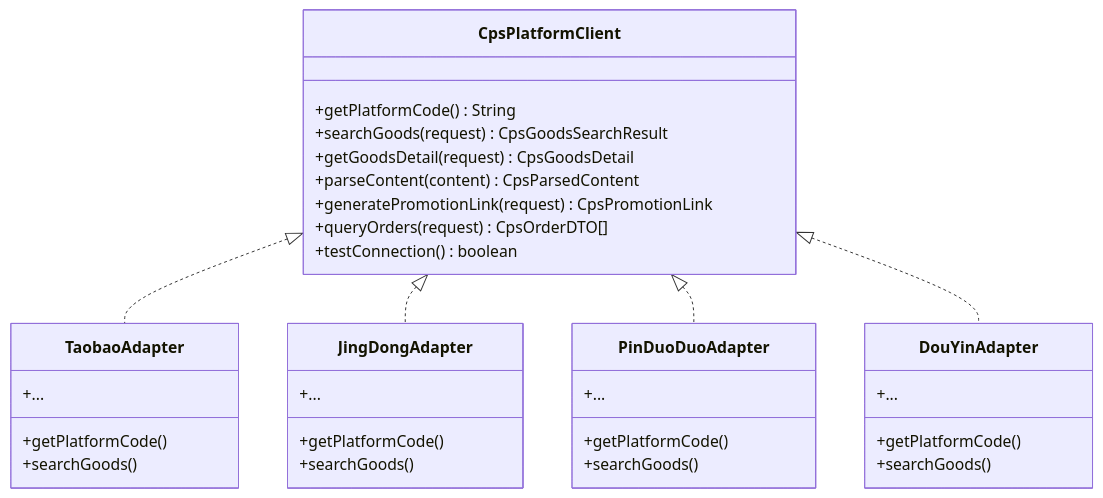
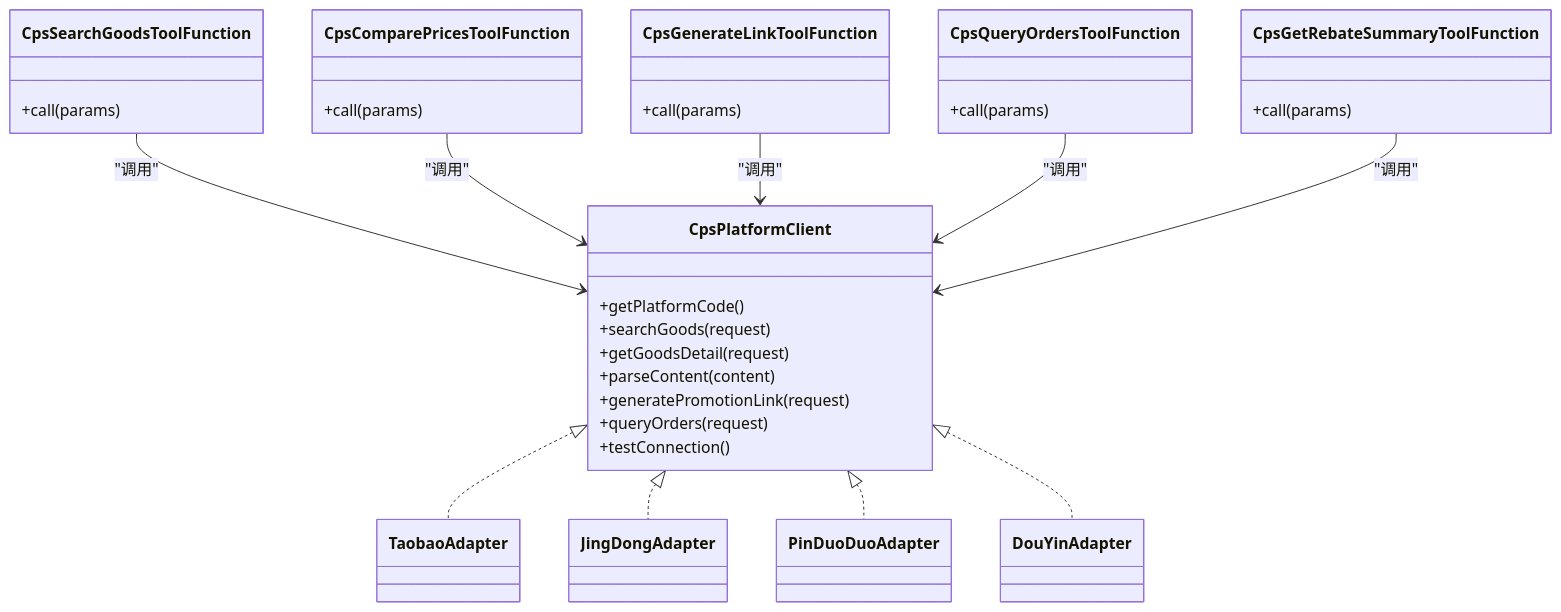
The fifth of 6 diagrams in .qoder/repowiki/zh/content/开发指南/开发指南.md (zhuangpengLI/AgenticCPS), drawn with Mermaid before and after one commit. The commit also changed other lines of this file and 355 other files, not shown here.

````diff
--- a/.qoder/repowiki/zh/content/开发指南/开发指南.md
+++ b/.qoder/repowiki/zh/content/开发指南/开发指南.md
@@ -118,36 +292,36 @@
 ```mermaid
 classDiagram
 class CpsPlatformClient {
-+getPlatformCode() String
-+searchGoods(request) CpsGoodsSearchResult
-+getGoodsDetail(request) CpsGoodsDetail
-+parseContent(content) CpsParsedContent
-+generatePromotionLink(request) CpsPromotionLink
-+queryOrders(request) CpsOrderDTO[]
-+testConnection() boolean
++getPlatformCode()
++searchGoods(request)
++getGoodsDetail(request)
++parseContent(content)
++generatePromotionLink(request)
++queryOrders(request)
++testConnection()
 }
-class TaobaoAdapter {
-+getPlatformCode()
-+searchGoods()
-+...
+class CpsSearchGoodsToolFunction {
++call(params)
 }
-class JingDongAdapter {
-+getPlatformCode()
-+searchGoods()
-+...
+class CpsComparePricesToolFunction {
++call(params)
 }
-class PinDuoDuoAdapter {
-+getPlatformCode()
-+searchGoods()
-+...
+class CpsGenerateLinkToolFunction {
++call(params)
 }
-class DouYinAdapter {
-+getPlatformCode()
-+searchGoods()
-+...
+class CpsQueryOrdersToolFunction {
++call(params)
+}
+class CpsGetRebateSummaryToolFunction {
++call(params)
 }
 CpsPlatformClient <|.. TaobaoAdapter
 CpsPlatformClient <|.. JingDongAdapter
 CpsPlatformClient <|.. PinDuoDuoAdapter
 CpsPlatformClient <|.. DouYinAdapter
+CpsSearchGoodsToolFunction --> CpsPlatformClient : "调用"
+CpsComparePricesToolFunction --> CpsPlatformClient : "调用"
+CpsGenerateLinkToolFunction --> CpsPlatformClient : "调用"
+CpsQueryOrdersToolFunction --> CpsPlatformClient : "调用"
+CpsGetRebateSummaryToolFunction --> CpsPlatformClient : "调用"
 ```
````
